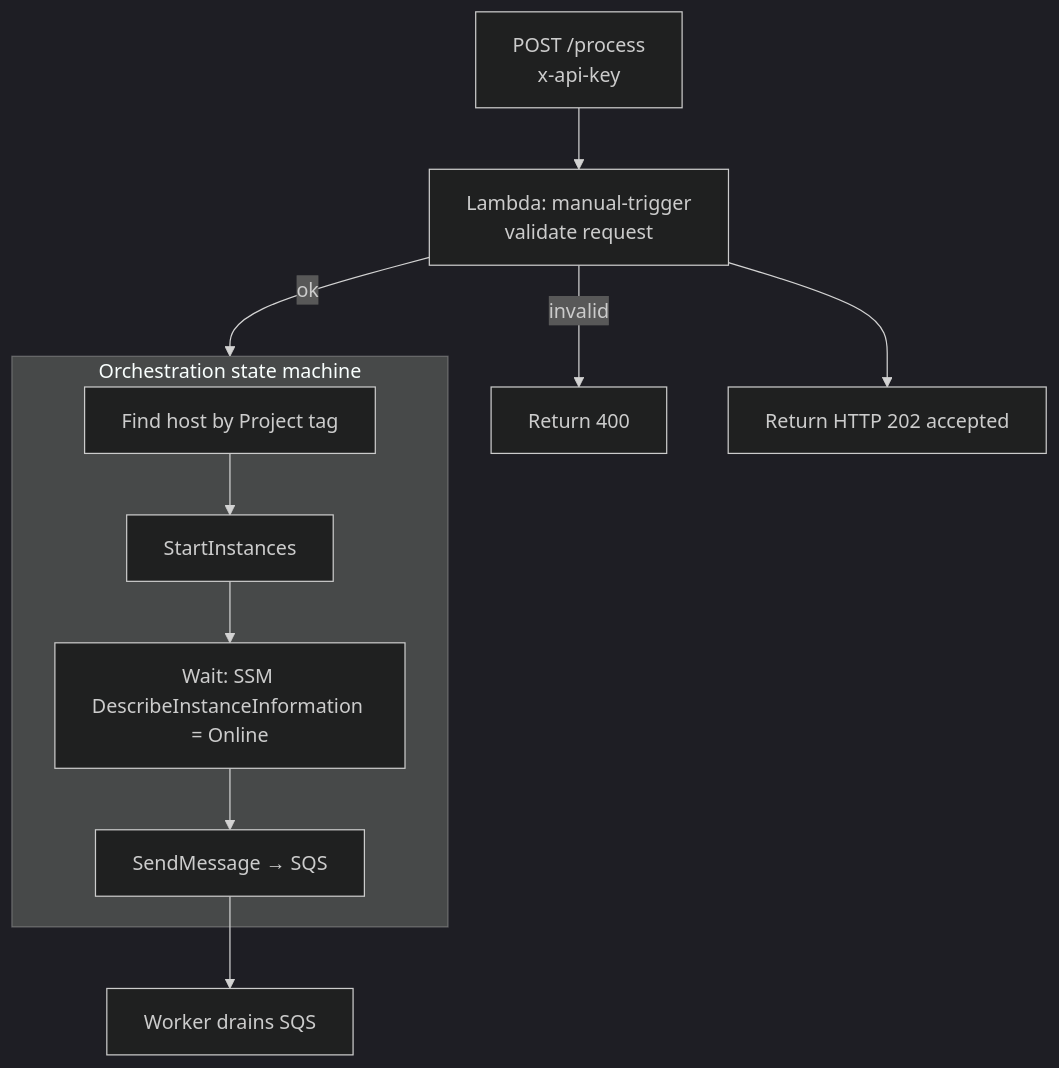
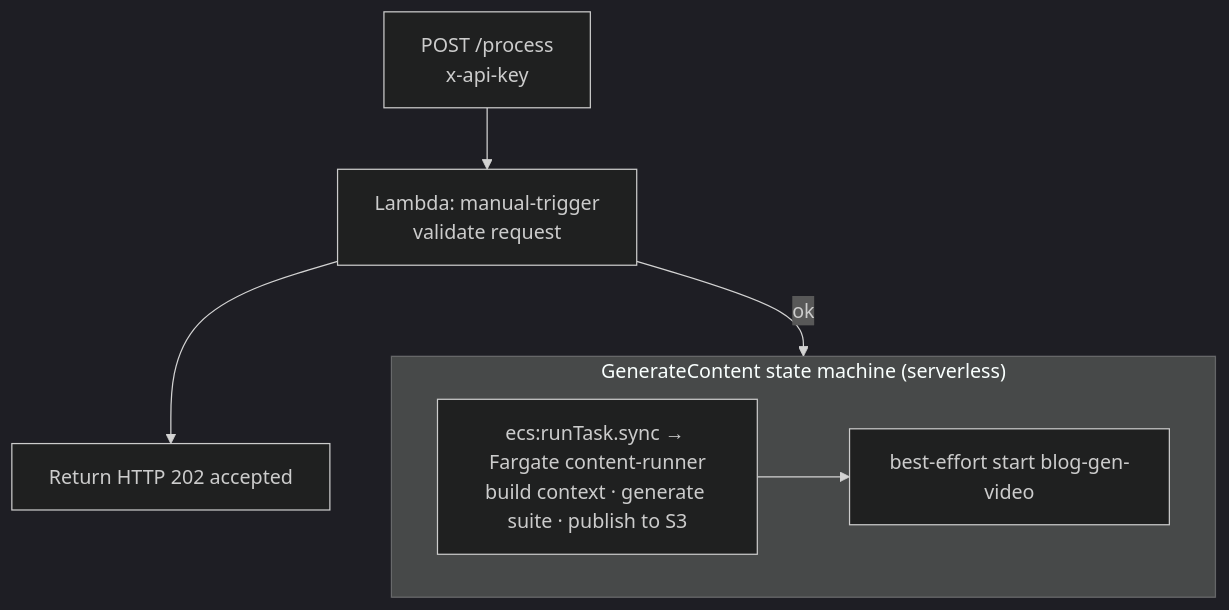
The second of 8 diagrams in docs/architecture.md (teddynted/ai-github-repository-blog-generator), drawn with Mermaid (dark theme) before and after one commit. The commit also changed other lines of this file and 2 other files, not shown here.

First line of the commit message:
docs: reflect serverless content generation as the live /process path

````diff
--- a/docs/architecture.md
+++ b/docs/architecture.md
@@ -59,13 +67,10 @@
 ```mermaid
 flowchart TB
     C[POST /process<br/>x-api-key] --> LT[Lambda: manual-trigger<br/>validate request]
-    LT -- invalid --> R400[Return 400]
-    LT -- ok --> SFN[StartExecution → Step Functions]
+    LT -- ok --> SFN["StartExecution → GenerateContent"]
     LT --> R202[Return HTTP 202 accepted]
-    subgraph SFN["Orchestration state machine"]
-        FIND[Find host by Project tag] --> START[StartInstances]
-        START --> WAIT[Wait: SSM DescribeInstanceInformation = Online]
-        WAIT --> ENQ[SendMessage → SQS]
+    subgraph SFN["GenerateContent state machine (serverless)"]
+        GEN["ecs:runTask.sync → Fargate content-runner<br/>build context · generate suite · publish to S3"]
+        GEN --> VID[best-effort start blog-gen-video]
     end
-    ENQ --> WK[Worker drains SQS]
 ```
````
